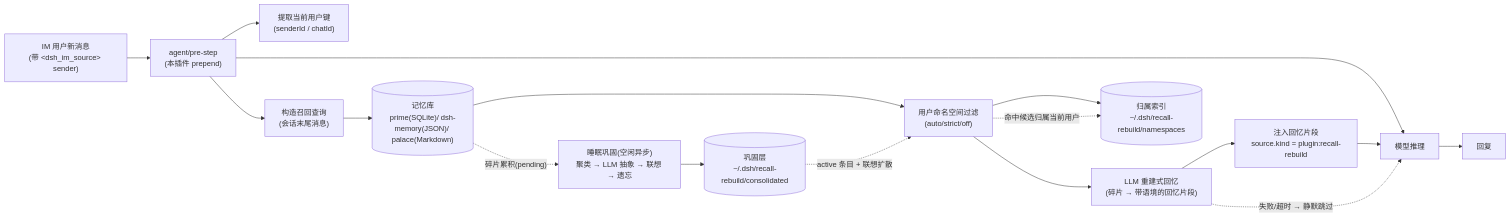
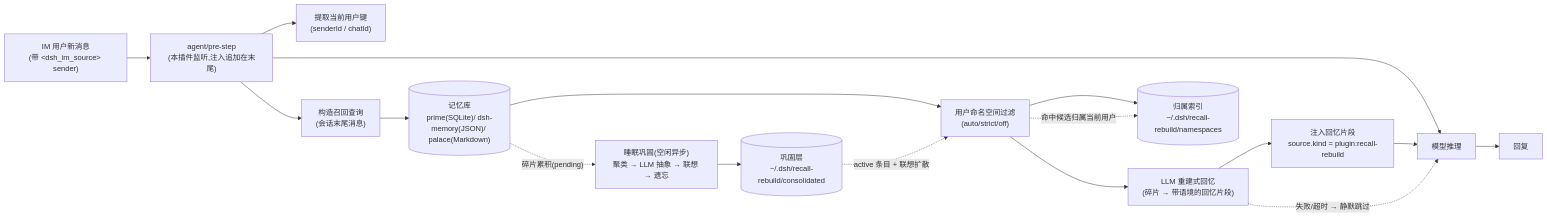
The diagram in README.md (linkpain/dsh-recall-rebuild), drawn with Mermaid before and after one commit. The commit also changed other lines of this file and 8 other files, not shown here.

````diff
--- a/README.md
+++ b/README.md
@@ -83,19 +84,19 @@
 ```mermaid
 flowchart LR
-    U["IM 用户新消息<br/>(带 &lt;dsh_im_source&gt; sender)"] --> P["agent/pre-step<br/>(本插件 prepend)"]
+    U["IM 用户新消息<br/>(带 &lt;dsh_im_source&gt; sender)"] --> P["agent/pre-step<br/>(本插件监听,注入追加在末尾)"]
     P --> K["提取当前用户键<br/>(senderId / chatId)"]
     P --> Q["构造召回查询<br/>(会话末尾消息)"]
     Q --> S[("记忆库<br/>prime(SQLite)/ dsh-memory(JSON)/ palace(Markdown)")]
     S --> F["用户命名空间过滤<br/>(auto/strict/off)"]
     S -. "碎片累积(pending)" .-> C["睡眠巩固(空闲异步)<br/>聚类 → LLM 抽象 → 联想 → 遗忘"]
     C --> C2[("巩固层<br/>~/.dsh/recall-rebuild/consolidated")]
     C2 -. "active 条目 + 联想扩散" .-> F
     F --> R["LLM 重建式回忆<br/>(碎片 → 带语境的回忆片段)"]
     R --> I["注入回忆片段<br/>source.kind = plugin:recall-rebuild"]
     F --> N[("归属索引<br/>~/.dsh/recall-rebuild/namespaces")]
     F -. 命中候选归属当前用户 .-> N
     P --> M["模型推理"]
     I --> M
     M --> A["回复"]
     R -. "失败/超时 → 静默跳过" .-> M
 ```
````
